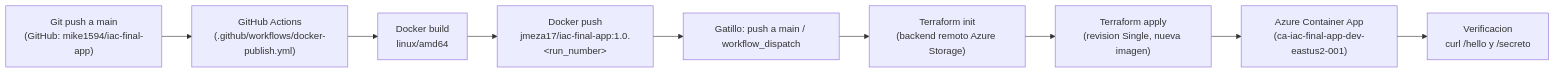
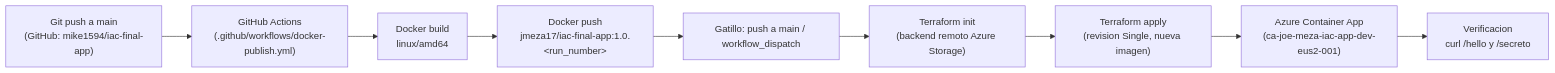
Before and after one commit to mike1594/iac-final-infra: the diagram in docs/cicd-diagram.md, drawn with Mermaid. The commit also changed 5 other files, not shown here.

Commit message:
chore: incluir alias joe-meza en nomenclatura Azure

````diff
--- a/docs/cicd-diagram.md
+++ b/docs/cicd-diagram.md
@@ -3,11 +3,11 @@
 ```mermaid
 flowchart LR
     A["Git push a main<br/>(GitHub: mike1594/iac-final-app)"] --> B["GitHub Actions<br/>(.github/workflows/docker-publish.yml)"]
     B --> C["Docker build<br/>linux/amd64"]
     C --> D["Docker push<br/>jmeza17/iac-final-app:1.0.&lt;run_number&gt;"]
     D --> E["Gatillo: push a main / workflow_dispatch"]
     E --> F["Terraform init<br/>(backend remoto Azure Storage)"]
     F --> G["Terraform apply<br/>(revision Single, nueva imagen)"]
-    G --> H["Azure Container App<br/>(ca-iac-final-app-dev-eastus2-001)"]
+    G --> H["Azure Container App<br/>(ca-joe-meza-iac-app-dev-eus2-001)"]
     H --> I["Verificacion<br/>curl /hello y /secreto"]
 ```
````
